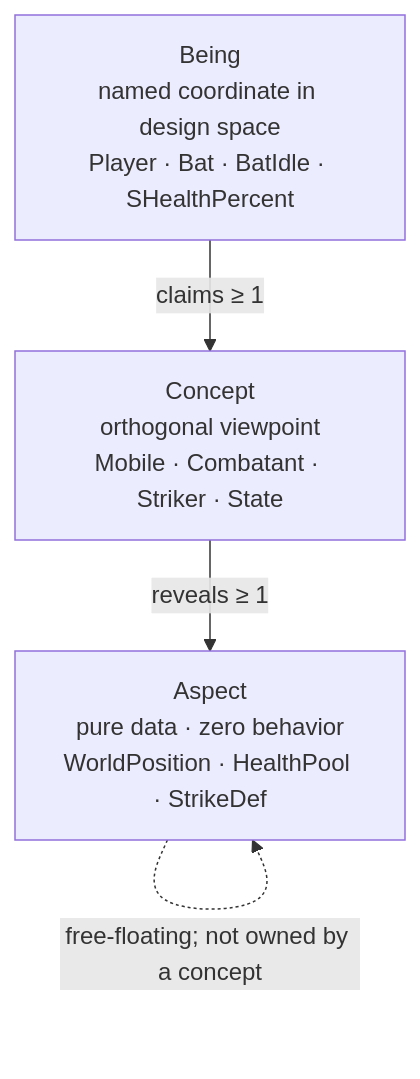
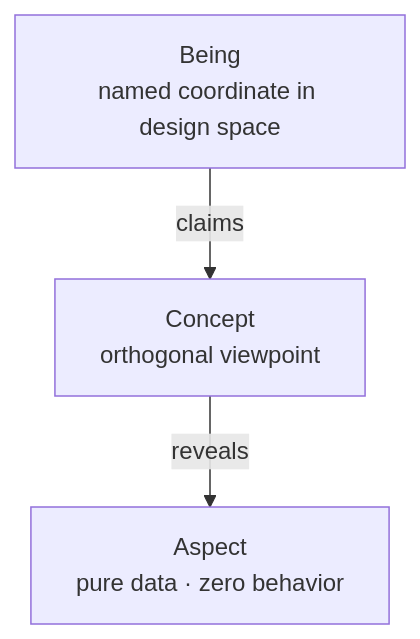
Before and after one commit to fm39hz/fm39hz-blogs: the second of 4 diagrams in src/content/articles/another-way-to-think-about-game-architecture.md, drawn with Mermaid. The commit also changed other lines of this file, not shown here.

````diff
--- a/src/content/articles/another-way-to-think-about-game-architecture.md
+++ b/src/content/articles/another-way-to-think-about-game-architecture.md
@@ -86,10 +95,9 @@
 ```mermaid
 graph TB
-    B["Being<br/>named coordinate in design space<br/>Player · Bat · BatIdle · SHealthPercent"]
-    C["Concept<br/>orthogonal viewpoint<br/>Mobile · Combatant · Striker · State"]
-    A["Aspect<br/>pure data · zero behavior<br/>WorldPosition · HealthPool · StrikeDef"]
+    B["Being<br/>named coordinate in design space"]
+    C["Concept<br/>orthogonal viewpoint"]
+    A["Aspect<br/>pure data · zero behavior"]
 
-    B -->|"claims ≥ 1"| C
-    C -->|"reveals ≥ 1"| A
-    A -.->|"free-floating; not owned by a concept"| A
+    B -->|"claims"| C
+    C -->|"reveals"| A
 ```
````
